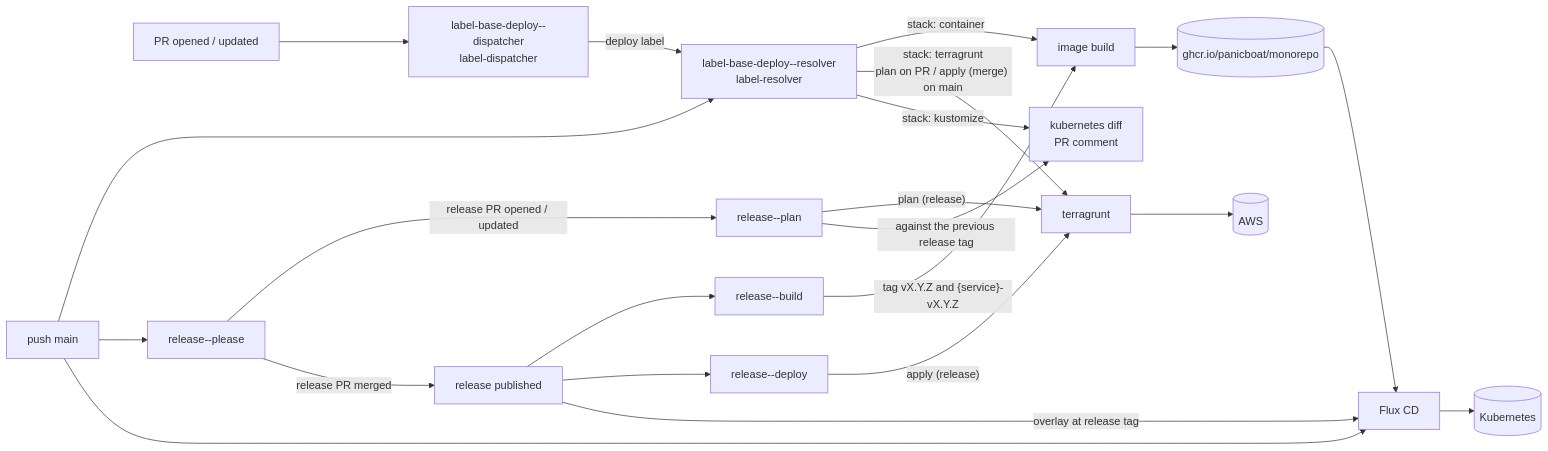
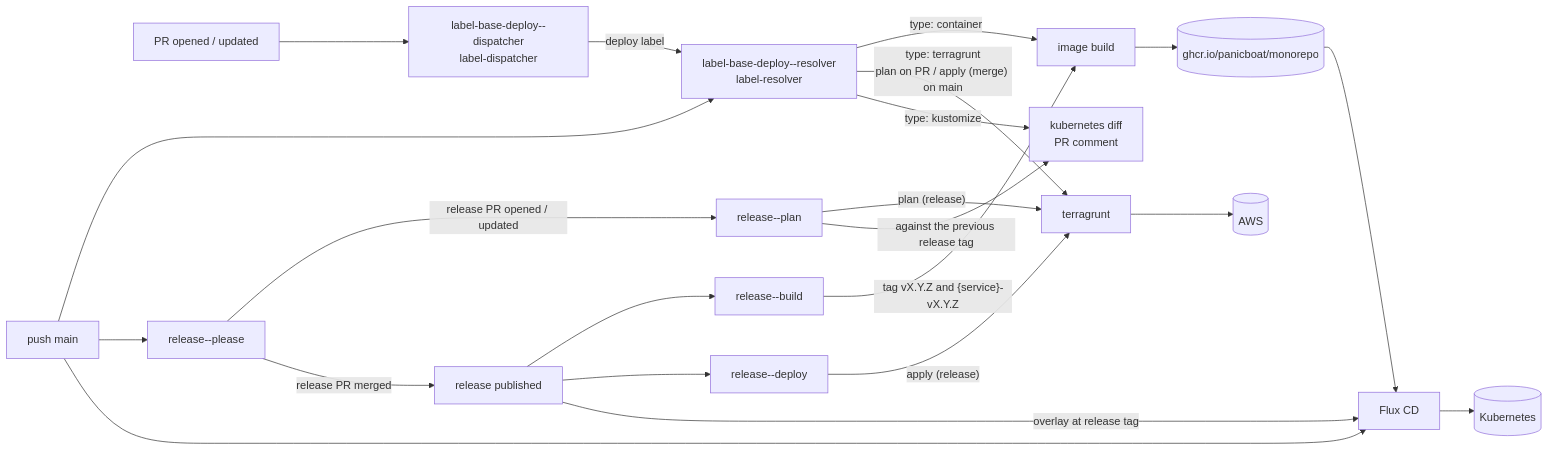
The second of 2 diagrams in README-ja.md (panicboat/monorepo), drawn with Mermaid before and after one commit. The commit also changed other lines of this file and 11 other files, not shown here.

````diff
--- a/README-ja.md
+++ b/README-ja.md
@@ -48,24 +48,24 @@
 ```mermaid
 flowchart LR
   PR[PR opened / updated] --> Dispatcher[label-base-deploy--dispatcher<br/>label-dispatcher]
   Dispatcher -->|deploy label| Resolver[label-base-deploy--resolver<br/>label-resolver]
   Main[push main] --> Resolver
   Main --> Please[release--please]
   Please -->|release PR opened / updated| Plan[release--plan]
   Please -->|release PR merged| Published[release published]
   Published --> Build[release--build]
   Published --> Deploy[release--deploy]
-  Resolver -->|stack: container| Builder[image build]
-  Resolver -->|"stack: terragrunt<br/>plan on PR / apply (merge) on main"| Terragrunt[terragrunt]
-  Resolver -->|stack: kustomize| Diff[kubernetes diff<br/>PR comment]
+  Resolver -->|type: container| Builder[image build]
+  Resolver -->|"type: terragrunt<br/>plan on PR / apply (merge) on main"| Terragrunt[terragrunt]
+  Resolver -->|type: kustomize| Diff[kubernetes diff<br/>PR comment]
   Plan -->|"plan (release)"| Terragrunt
   Plan -->|"against the previous release tag"| Diff
   Deploy -->|"apply (release)"| Terragrunt
   Build -->|"tag vX.Y.Z and {service}-vX.Y.Z"| Builder
   Builder --> GHCR[(ghcr.io/panicboat/monorepo)]
   Terragrunt --> AWS[(AWS)]
   GHCR --> Flux[Flux CD]
   Main --> Flux
   Published -->|"overlay at release tag"| Flux
   Flux --> K8s[(Kubernetes)]
 ```
````
